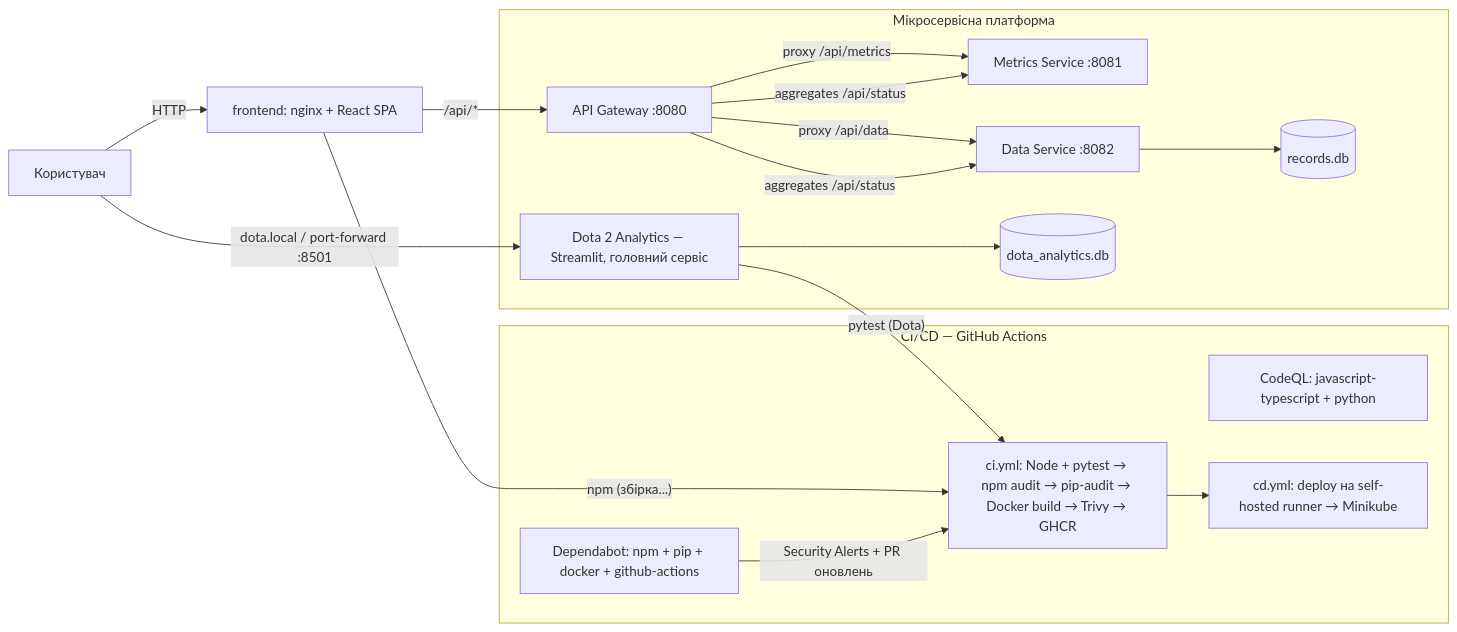
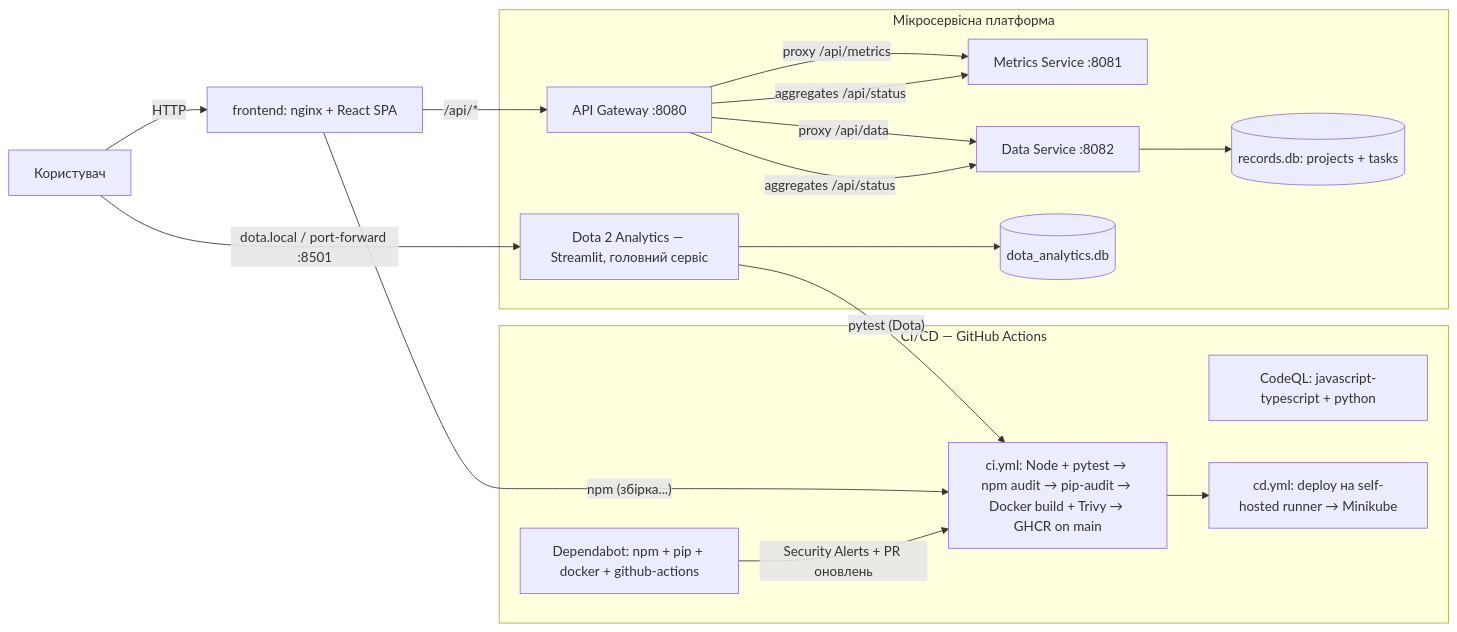
The diagram in README.md (Bimbow476/devsecops-platform), drawn with Mermaid before and after one commit. The commit also changed other lines of this file and 30 other files, not shown here.

````diff
--- a/README.md
+++ b/README.md
@@ -30,27 +32,27 @@
 ```mermaid
 flowchart LR
     U[Користувач] -->|HTTP| NGINX[frontend: nginx + React SPA]
     U -->|"dota.local / port-forward :8501"| DOTA[Dota 2 Analytics — Streamlit, головний сервіс]
     NGINX -->|/api/*| GW[API Gateway :8080]
 
     subgraph platform[Мікросервісна платформа]
         GW -->|proxy /api/metrics| MS[Metrics Service :8081]
         GW -->|proxy /api/data| DS[Data Service :8082]
         GW -->|aggregates /api/status| MS
         GW -->|aggregates /api/status| DS
-        DS --> DB[(records.db)]
+        DS --> DB[(records.db: projects + tasks)]
         DOTA --> DB2[(dota_analytics.db)]
     end
 
     subgraph ci[CI/CD — GitHub Actions]
-        CI[ci.yml: Node + pytest → npm audit → pip-audit → Docker build → Trivy → GHCR]
+        CI[ci.yml: Node + pytest → npm audit → pip-audit → Docker build + Trivy → GHCR on main]
         SAST[CodeQL: javascript-typescript + python]
         DEP[Dependabot: npm + pip + docker + github-actions]
         CD[cd.yml: deploy на self-hosted runner → Minikube]
     end
 
     NGINX -->|"npm (збірка...)"| CI
     DOTA -->|"pytest (Dota)"| CI
     CI --> CD
     DEP -->|Security Alerts + PR оновлень| CI
 ```
````
